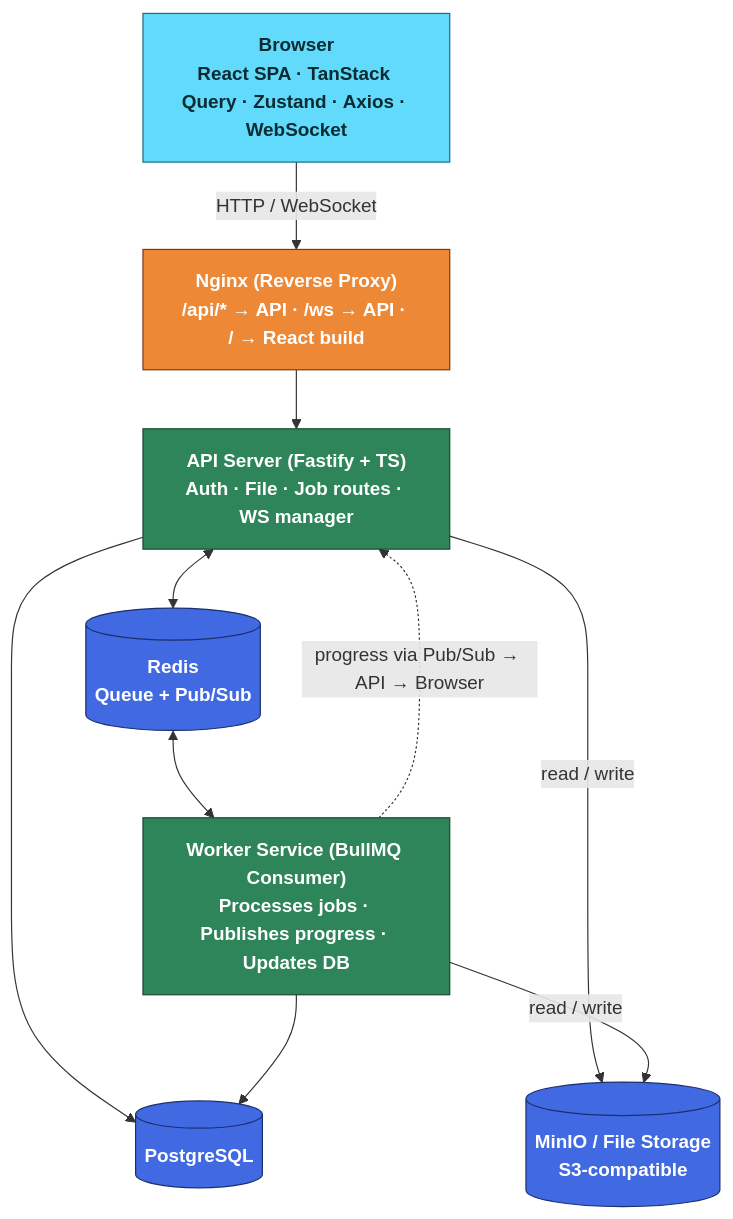
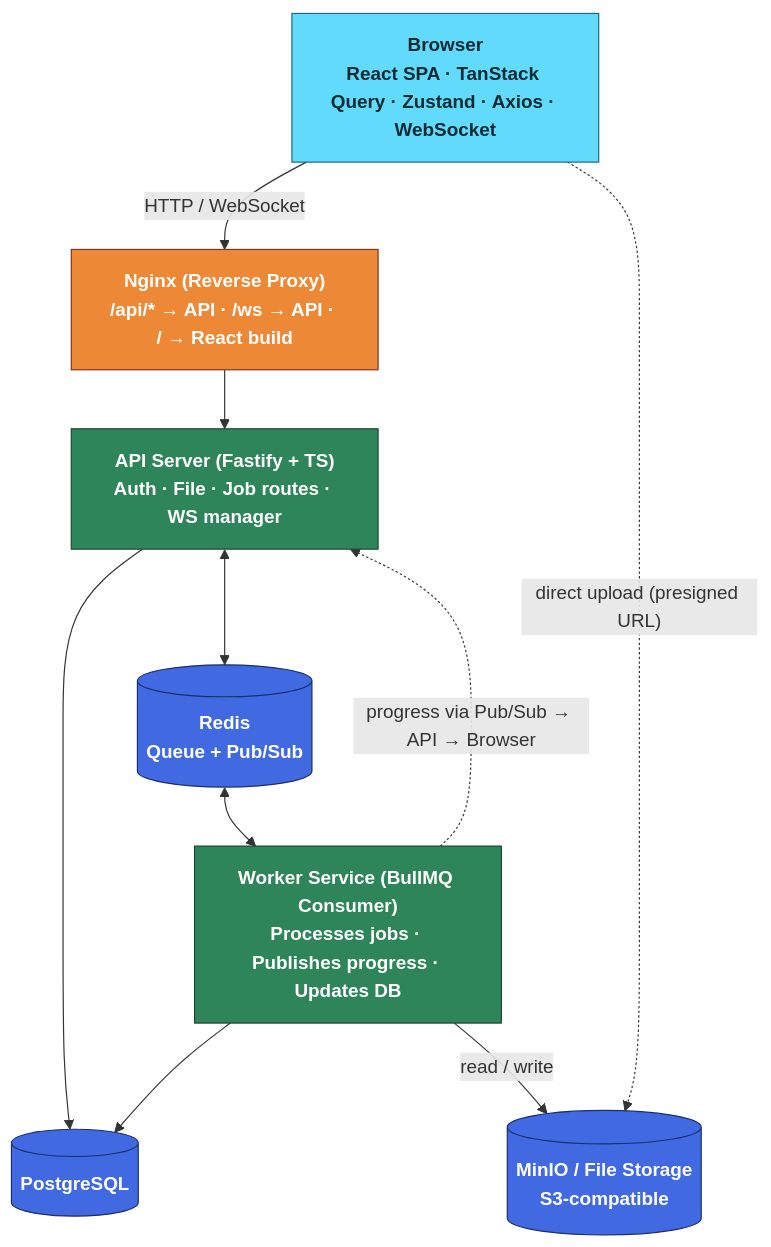
Before and after one commit to vietlvq2609/file-processing-platform: the first of 10 diagrams in docs/architecture.md, drawn with Mermaid. The commit also changed other lines of this file and 2 other files, not shown here.

Commit message:
feat: update job status terminology and enhance documentation for presigned uploads

````diff
--- a/docs/architecture.md
+++ b/docs/architecture.md
@@ -9,25 +9,25 @@
 ```mermaid
 flowchart TB
     classDef frontend fill:#61DAFB,stroke:#1b6a80,color:#0b2b33,font-weight:bold
     classDef backend fill:#2f855a,stroke:#1c4532,color:#ffffff,font-weight:bold
     classDef infra fill:#ed8936,stroke:#7b341e,color:#ffffff,font-weight:bold
     classDef data fill:#4169E1,stroke:#1a2f6b,color:#ffffff,font-weight:bold
 
     Browser["Browser<br/>React SPA · TanStack Query · Zustand · Axios · WebSocket"]:::frontend
     Nginx["Nginx (Reverse Proxy)<br/>/api/* → API · /ws → API · / → React build"]:::infra
     API["API Server (Fastify + TS)<br/>Auth · File · Job routes · WS manager"]:::backend
     Worker["Worker Service (BullMQ Consumer)<br/>Processes jobs · Publishes progress · Updates DB"]:::backend
     PG[("PostgreSQL")]:::data
     Redis[("Redis<br/>Queue + Pub/Sub")]:::data
     MinIO[("MinIO / File Storage<br/>S3-compatible")]:::data
 
     Browser -- "HTTP / WebSocket" --> Nginx
     Nginx --> API
     API --> PG
-    API -- "read / write" --> MinIO
     API <--> Redis
     Redis <--> Worker
     Worker --> PG
     Worker -- "read / write" --> MinIO
     Worker -. "progress via Pub/Sub → API → Browser" .-> API
+    Browser -. "direct upload (presigned URL)" .-> MinIO
 ```
````
